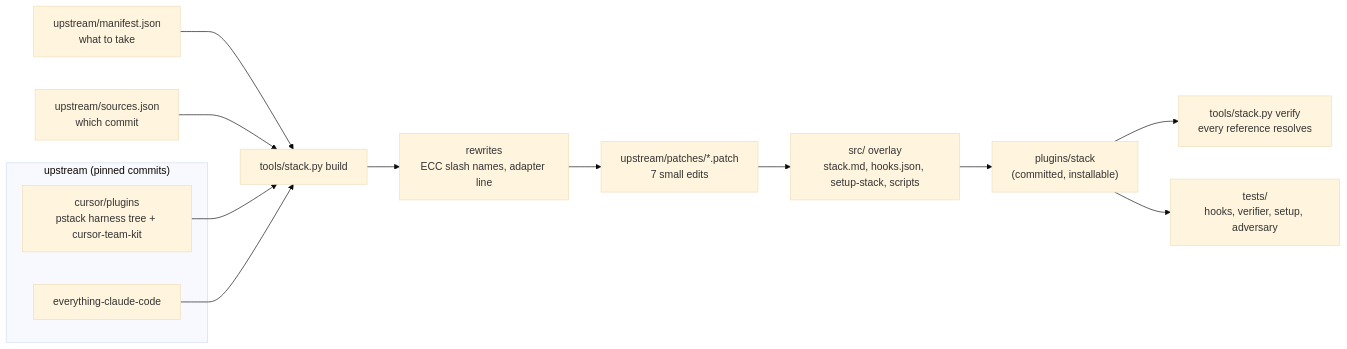
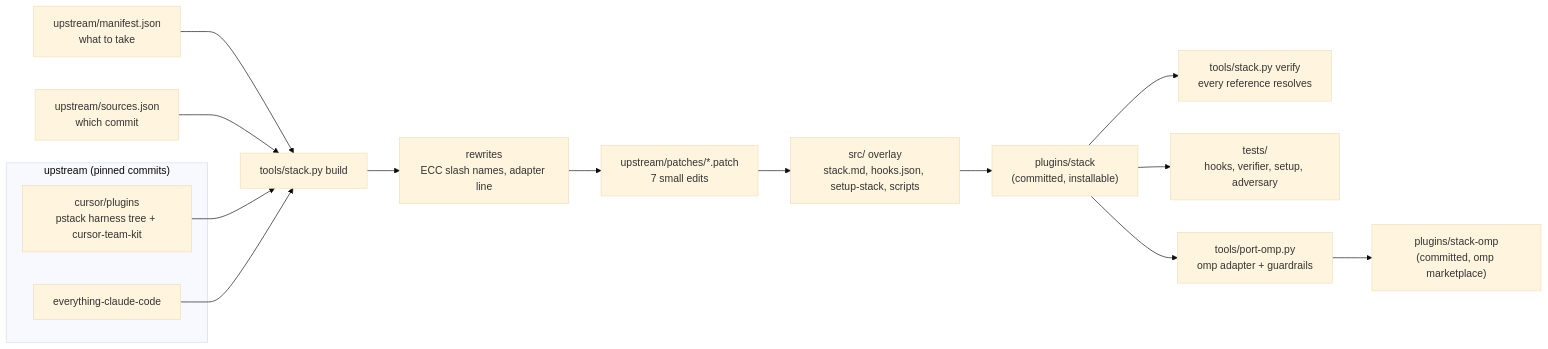
One commit to NewbeeTryToCode/astack changed the diagram in docs/design.md. Above: the diagram before and after it, drawn with Mermaid (base theme). The commit also changed other lines of this file and 738 other files, not shown here.

Commit message:
Add an omp port with native model routing and guardrails

````diff
--- a/docs/design.md
+++ b/docs/design.md
@@ -14,17 +14,19 @@
 ```mermaid
 flowchart LR
   subgraph upstream["upstream (pinned commits)"]
     CP["cursor/plugins<br/>pstack harness tree + cursor-team-kit"]
     ECC["everything-claude-code"]
   end
   M["upstream/manifest.json<br/>what to take"] --> B
   L["upstream/sources.json<br/>which commit"] --> B
   CP --> B["tools/stack.py build"]
   ECC --> B
   B --> R["rewrites<br/>ECC slash names, adapter line"]
   R --> P["upstream/patches/*.patch<br/>7 small edits"]
   P --> O["src/ overlay<br/>stack.md, hooks.json, setup-stack, scripts"]
   O --> OUT["plugins/stack<br/>(committed, installable)"]
   OUT --> V["tools/stack.py verify<br/>every reference resolves"]
   OUT --> T["tests/<br/>hooks, verifier, setup, adversary"]
+  OUT --> PORT["tools/port-omp.py<br/>omp adapter + guardrails"]
+  PORT --> OMP["plugins/stack-omp<br/>(committed, omp marketplace)"]
 ```
````
